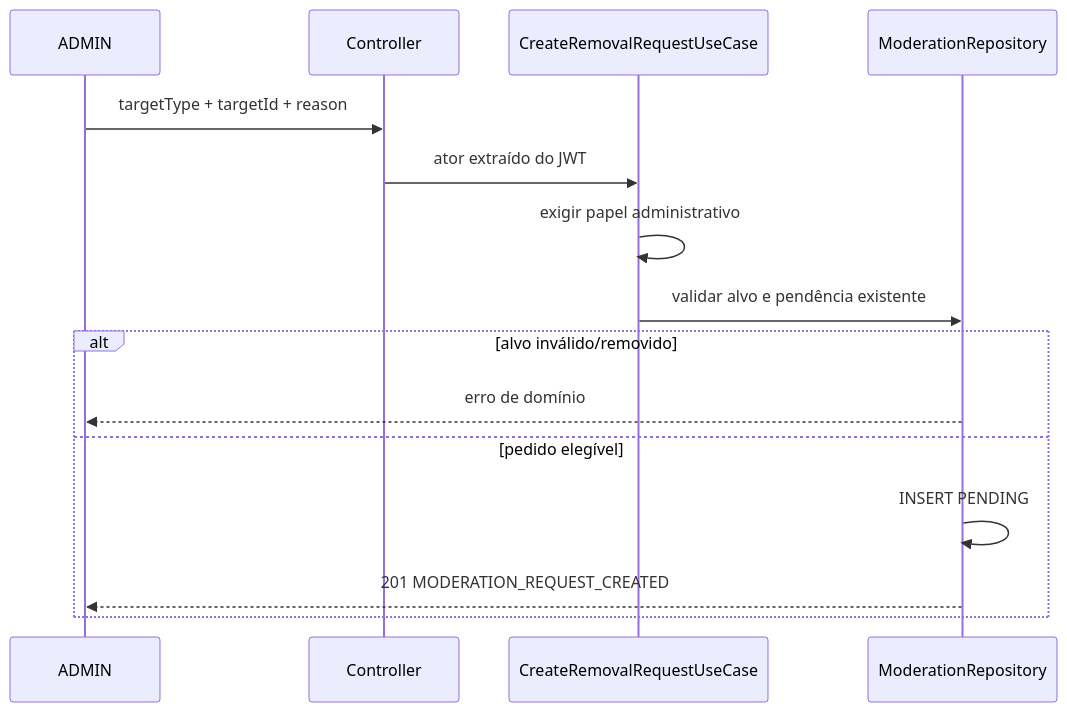
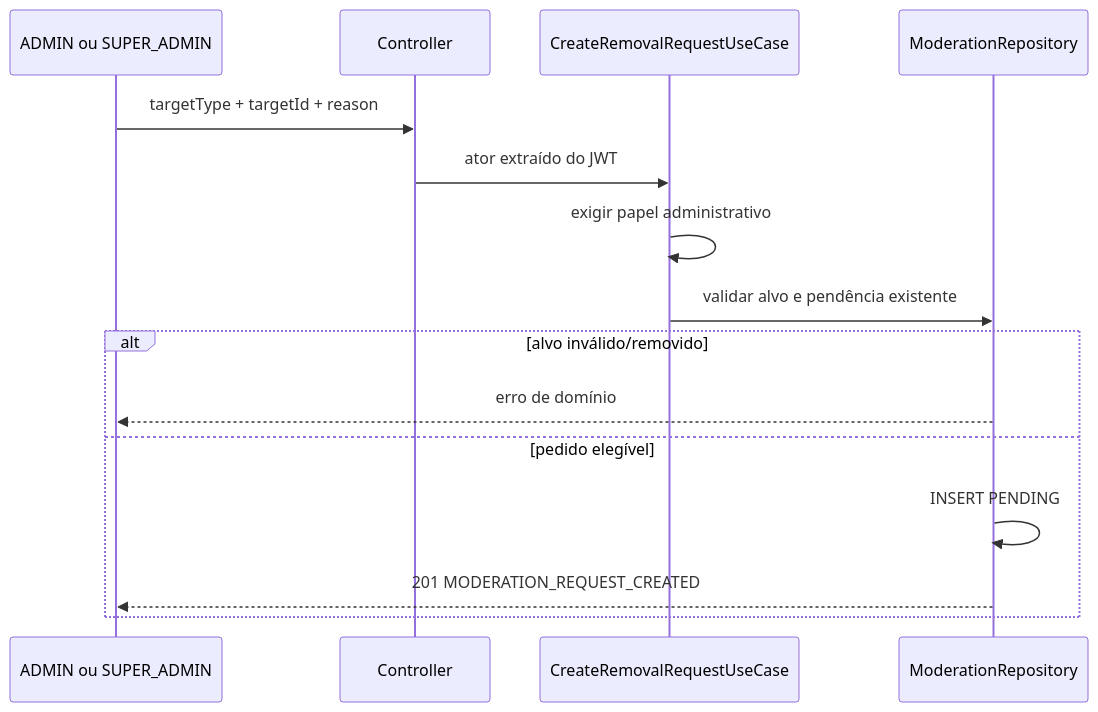
One commit to thaissacarvalho/Catalisa changed the first of 2 diagrams in docs/flows/modules/moderation.md. Above: the diagram before and after it, drawn with Mermaid. The commit also changed other lines of this file and 18 other files, not shown here.

````diff
--- a/docs/flows/modules/moderation.md
+++ b/docs/flows/modules/moderation.md
@@ -5,17 +5,17 @@
 ```mermaid
 sequenceDiagram
-    participant A as ADMIN
+    participant A as ADMIN ou SUPER_ADMIN
     participant C as Controller
     participant UC as CreateRemovalRequestUseCase
     participant R as ModerationRepository
     A->>C: targetType + targetId + reason
     C->>UC: ator extraído do JWT
     UC->>UC: exigir papel administrativo
     UC->>R: validar alvo e pendência existente
     alt alvo inválido/removido
         R-->>A: erro de domínio
     else pedido elegível
         R->>R: INSERT PENDING
         R-->>A: 201 MODERATION_REQUEST_CREATED
     end
 ```
````
